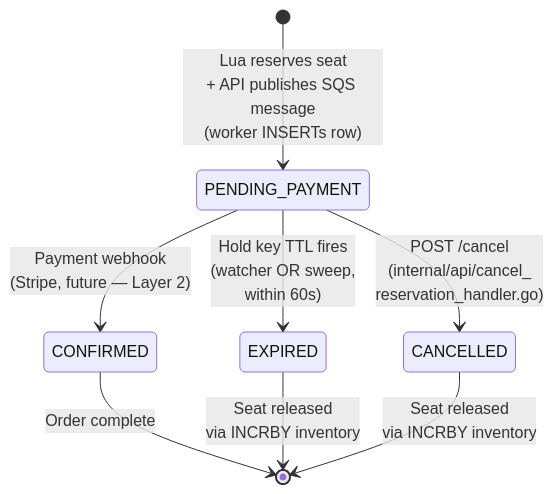
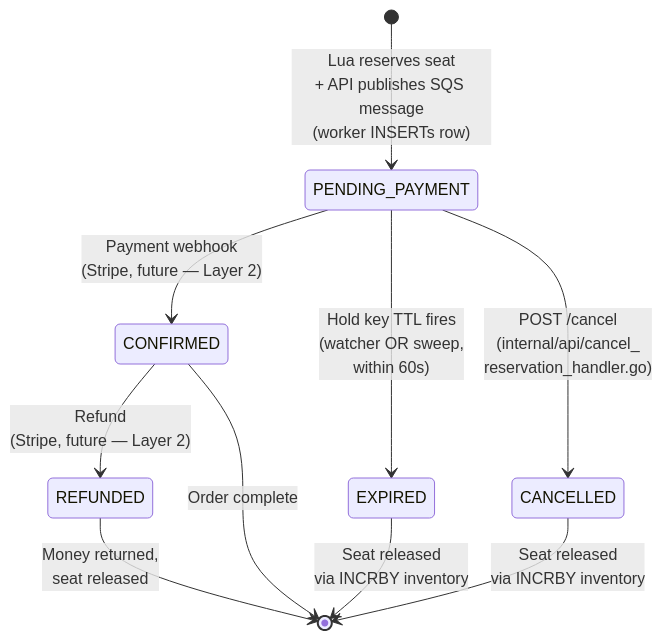
One commit to emmitt-k/ticket-deal changed the ninth of 13 diagrams in docs/architecture.md. Above: the diagram before and after it, drawn with Mermaid. The commit also changed other lines of this file and 15 other files, not shown here.

First line of the commit message:
feat(db): a refund is not a cancel — add the REFUNDED status

````diff
--- a/docs/architecture.md
+++ b/docs/architecture.md
@@ -532,12 +532,14 @@
 ```mermaid
 stateDiagram-v2
     [*] --> PENDING_PAYMENT: Lua reserves seat<br/>+ API publishes SQS message<br/>(worker INSERTs row)
 
     PENDING_PAYMENT --> CONFIRMED: Payment webhook<br/>(Stripe, future — Layer 2)
     PENDING_PAYMENT --> EXPIRED: Hold key TTL fires<br/>(watcher OR sweep,<br/>within 60s)
     PENDING_PAYMENT --> CANCELLED: POST /cancel<br/>(internal/api/cancel_<br/>reservation_handler.go)
+    CONFIRMED --> REFUNDED: Refund<br/>(Stripe, future — Layer 2)
 
     CONFIRMED --> [*]: Order complete
     EXPIRED --> [*]: Seat released<br/>via INCRBY inventory
     CANCELLED --> [*]: Seat released<br/>via INCRBY inventory
+    REFUNDED --> [*]: Money returned,<br/>seat released
 ```
````
